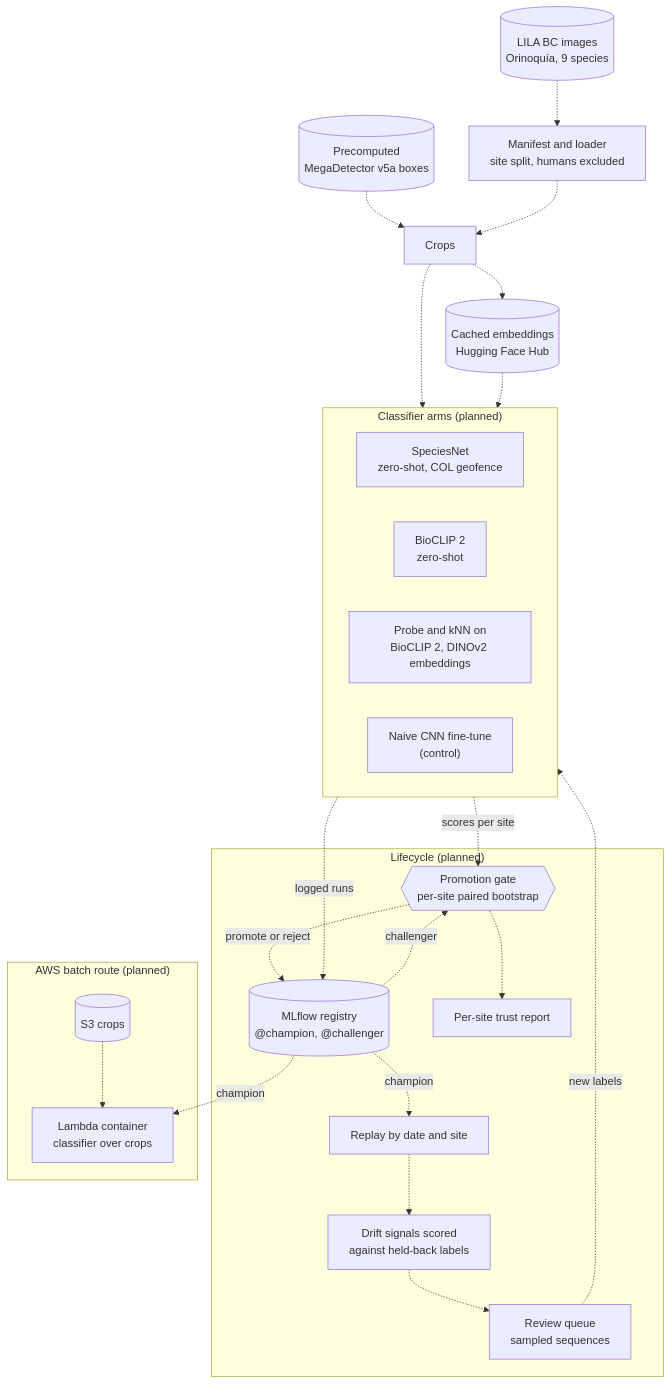
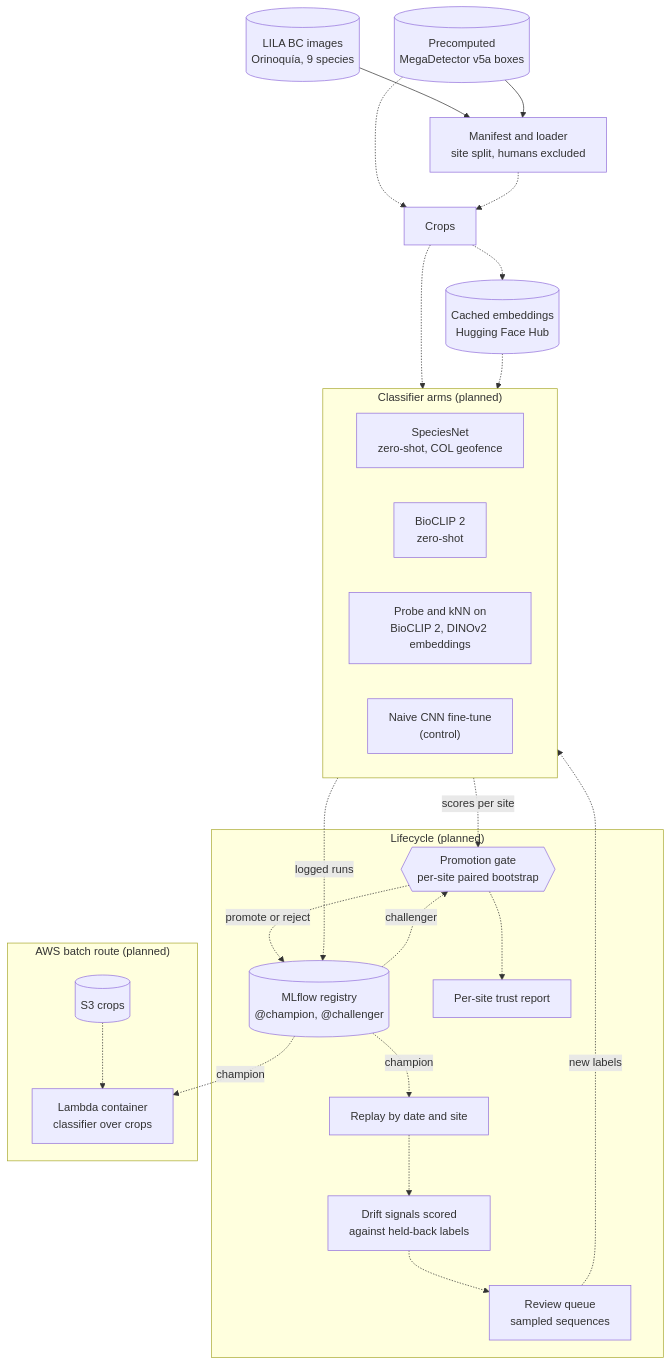
Before and after one commit to benmacp123/camera-trap-mlops: the diagram in README.md, drawn with Mermaid. The commit also changed other lines of this file and 3 other files, not shown here.

````diff
--- a/README.md
+++ b/README.md
@@ -25,41 +25,42 @@
 ```mermaid
 flowchart TB
-    lila[("LILA BC images<br>Orinoquía, 9 species")] -.-> manifest["Manifest and loader<br>site split, humans excluded"]
-    mdv5a[("Precomputed<br>MegaDetector v5a boxes")] -.-> crops["Crops"]
+    lila[("LILA BC images<br>Orinoquía, 9 species")] --> manifest["Manifest and loader<br>site split, humans excluded"]
+    mdv5a[("Precomputed<br>MegaDetector v5a boxes")] --> manifest
+    mdv5a -.-> crops["Crops"]
     manifest -.-> crops
     crops -.-> embeddings[("Cached embeddings<br>Hugging Face Hub")]
 
     subgraph arms ["Classifier arms (planned)"]
         direction LR
         speciesnet["SpeciesNet<br>zero-shot, COL geofence"]
         bioclip["BioCLIP 2<br>zero-shot"]
         probe["Probe and kNN on<br>BioCLIP 2, DINOv2 embeddings"]
         cnn["Naive CNN fine-tune<br>(control)"]
     end
 
     crops -.-> arms
     embeddings -.-> arms
 
     subgraph lifecycle ["Lifecycle (planned)"]
         mlflow[("MLflow registry<br>@champion, @challenger")]
         gate{{"Promotion gate<br>per-site paired bootstrap"}}
         report["Per-site trust report"]
         replay["Replay by date and site"]
         drift["Drift signals scored<br>against held-back labels"]
         review["Review queue<br>sampled sequences"]
         mlflow -. "challenger" .-> gate
         gate -. "promote or reject" .-> mlflow
         gate -.-> report
         mlflow -. "champion" .-> replay -.-> drift -.-> review
     end
 
     arms -. "scores per site" .-> gate
     arms -. "logged runs" .-> mlflow
     review -. "new labels" .-> arms
 
     subgraph aws ["AWS batch route (planned)"]
         s3[("S3 crops")] -.-> lambda["Lambda container<br>classifier over crops"]
     end
 
     mlflow -. "champion" .-> lambda
 ```
````
